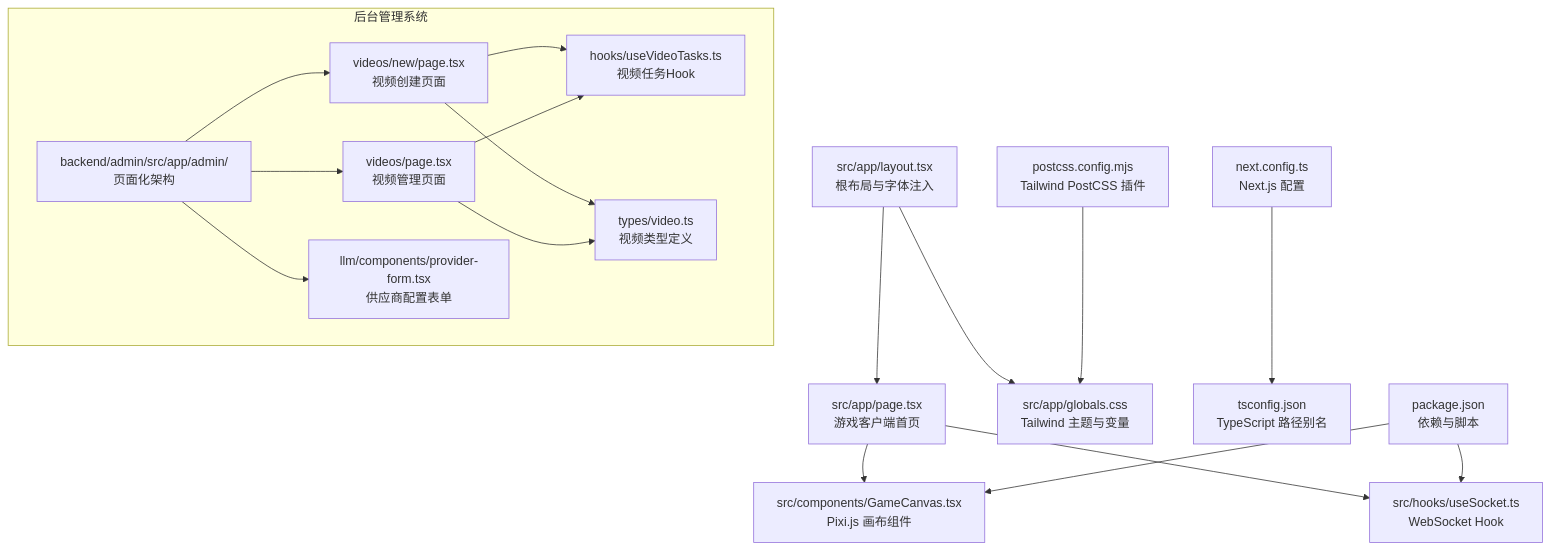
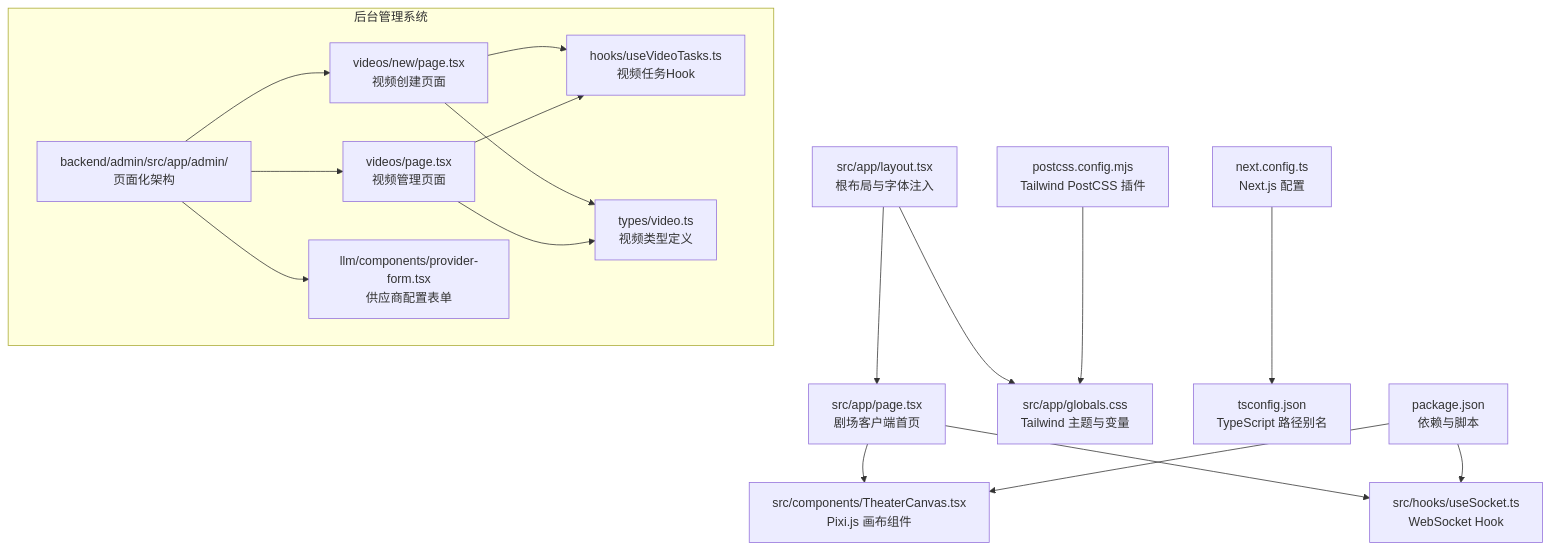
One commit to KunLabAI/KunFlix changed the first of 14 diagrams in .qoder/repowiki/zh/content/前端开发指南/前端开发指南.md. Above: the diagram before and after it, drawn with Mermaid. The commit also changed other lines of this file and 112 other files, not shown here.

````diff
--- a/.qoder/repowiki/zh/content/前端开发指南/前端开发指南.md
+++ b/.qoder/repowiki/zh/content/前端开发指南/前端开发指南.md
@@ -65,26 +65,26 @@
 ```mermaid
 graph TB
-A["src/app/layout.tsx<br/>根布局与字体注入"] --> B["src/app/page.tsx<br/>游戏客户端首页"]
-B --> C["src/components/GameCanvas.tsx<br/>Pixi.js 画布组件"]
+A["src/app/layout.tsx<br/>根布局与字体注入"] --> B["src/app/page.tsx<br/>剧场客户端首页"]
+B --> C["src/components/TheaterCanvas.tsx<br/>Pixi.js 画布组件"]
 B --> D["src/hooks/useSocket.ts<br/>WebSocket Hook"]
 A --> E["src/app/globals.css<br/>Tailwind 主题与变量"]
 F["next.config.ts<br/>Next.js 配置"] --> G["tsconfig.json<br/>TypeScript 路径别名"]
 H["postcss.config.mjs<br/>Tailwind PostCSS 插件"] --> E
 I["package.json<br/>依赖与脚本"] --> C
 I --> D
 subgraph "后台管理系统"
 J["backend/admin/src/app/admin/<br/>页面化架构"]
 K["videos/new/page.tsx<br/>视频创建页面"]
 L["videos/page.tsx<br/>视频管理页面"]
 M["llm/components/provider-form.tsx<br/>供应商配置表单"]
 N["types/video.ts<br/>视频类型定义"]
 O["hooks/useVideoTasks.ts<br/>视频任务Hook"]
 end
 J --> K
 J --> L
 J --> M
 K --> O
 L --> O
 K --> N
 L --> N
 ```
````
